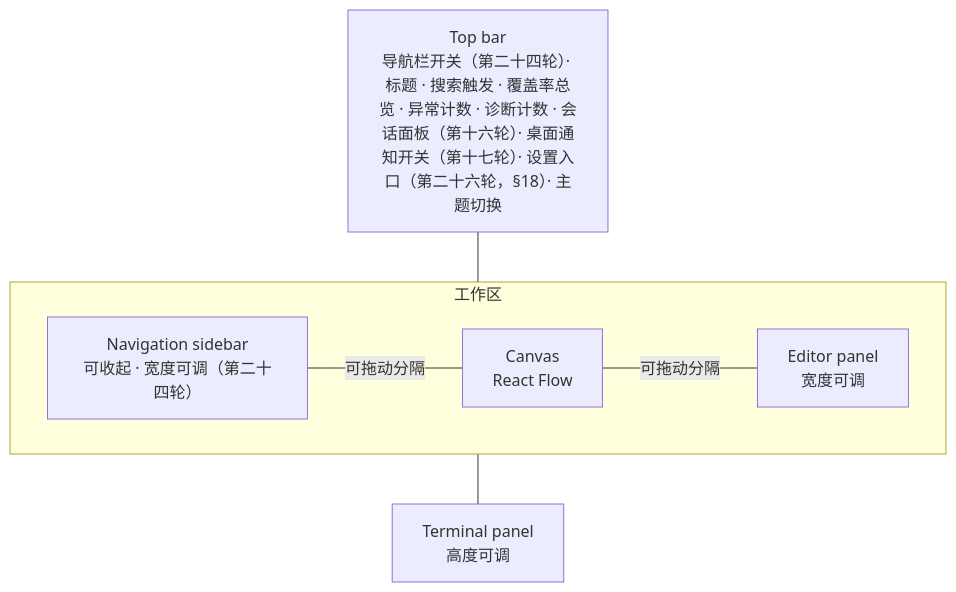
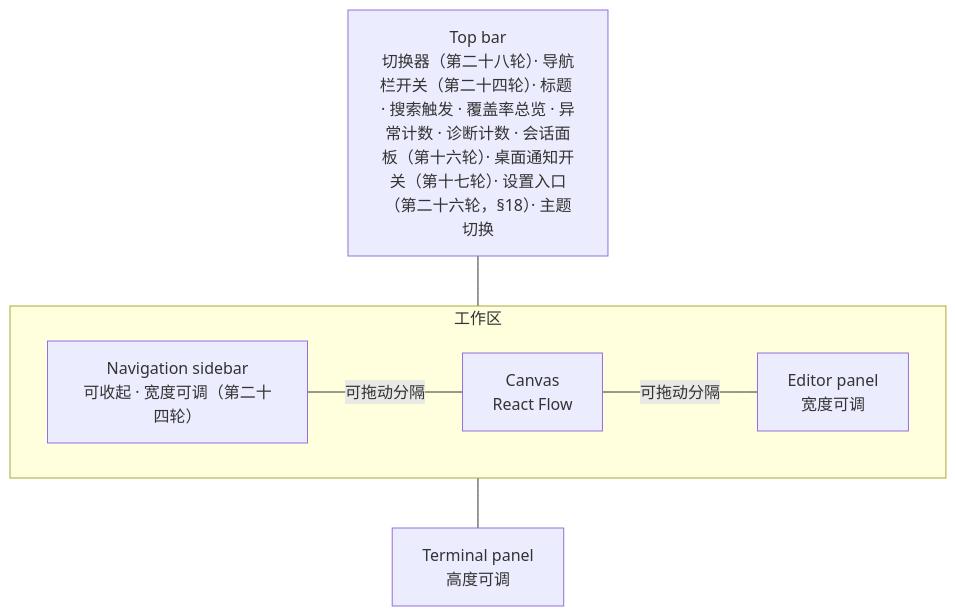
Before and after one commit to ryan-alexander-zhang/persimmon: the first of 3 diagrams in docs/design/design-00002-whiteboard-ui.md, drawn with Mermaid. The commit also changed other lines of this file and 15 other files, not shown here.

````diff
--- a/docs/design/design-00002-whiteboard-ui.md
+++ b/docs/design/design-00002-whiteboard-ui.md
@@ -61,11 +61,11 @@
 ```mermaid
 flowchart TB
-  TB[Top bar<br/>导航栏开关（第二十四轮）· 标题 · 搜索触发 · 覆盖率总览 · 异常计数 · 诊断计数 · 会话面板（第十六轮）· 桌面通知开关（第十七轮）· 设置入口（第二十六轮，§18）· 主题切换]
+  TB[Top bar<br/>切换器（第二十八轮）· 导航栏开关（第二十四轮）· 标题 · 搜索触发 · 覆盖率总览 · 异常计数 · 诊断计数 · 会话面板（第十六轮）· 桌面通知开关（第十七轮）· 设置入口（第二十六轮，§18）· 主题切换]
   subgraph Work[工作区]
     direction LR
     NV[Navigation sidebar<br/>可收起 · 宽度可调（第二十四轮）] ---|可拖动分隔| CV[Canvas<br/>React Flow]
     CV ---|可拖动分隔| EP[Editor panel<br/>宽度可调]
   end
   TB --- Work
   Work --- TP[Terminal panel<br/>高度可调]
 ```
````
